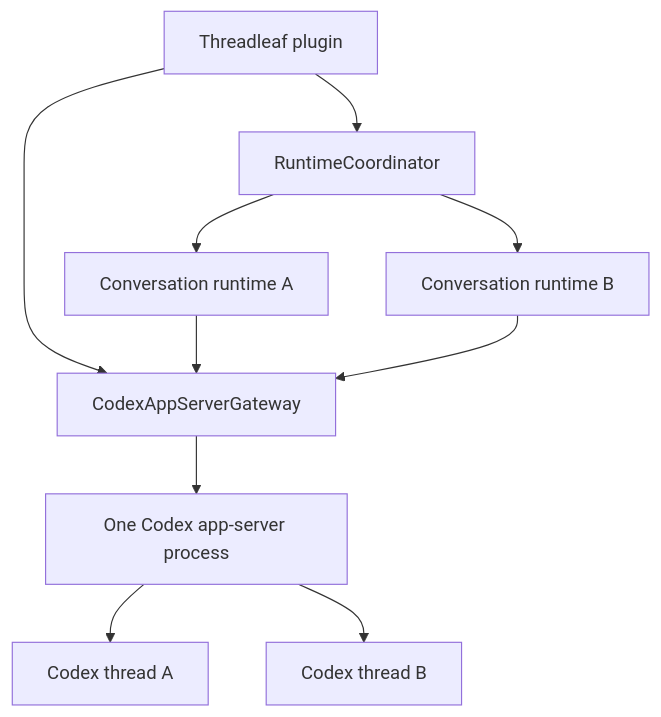
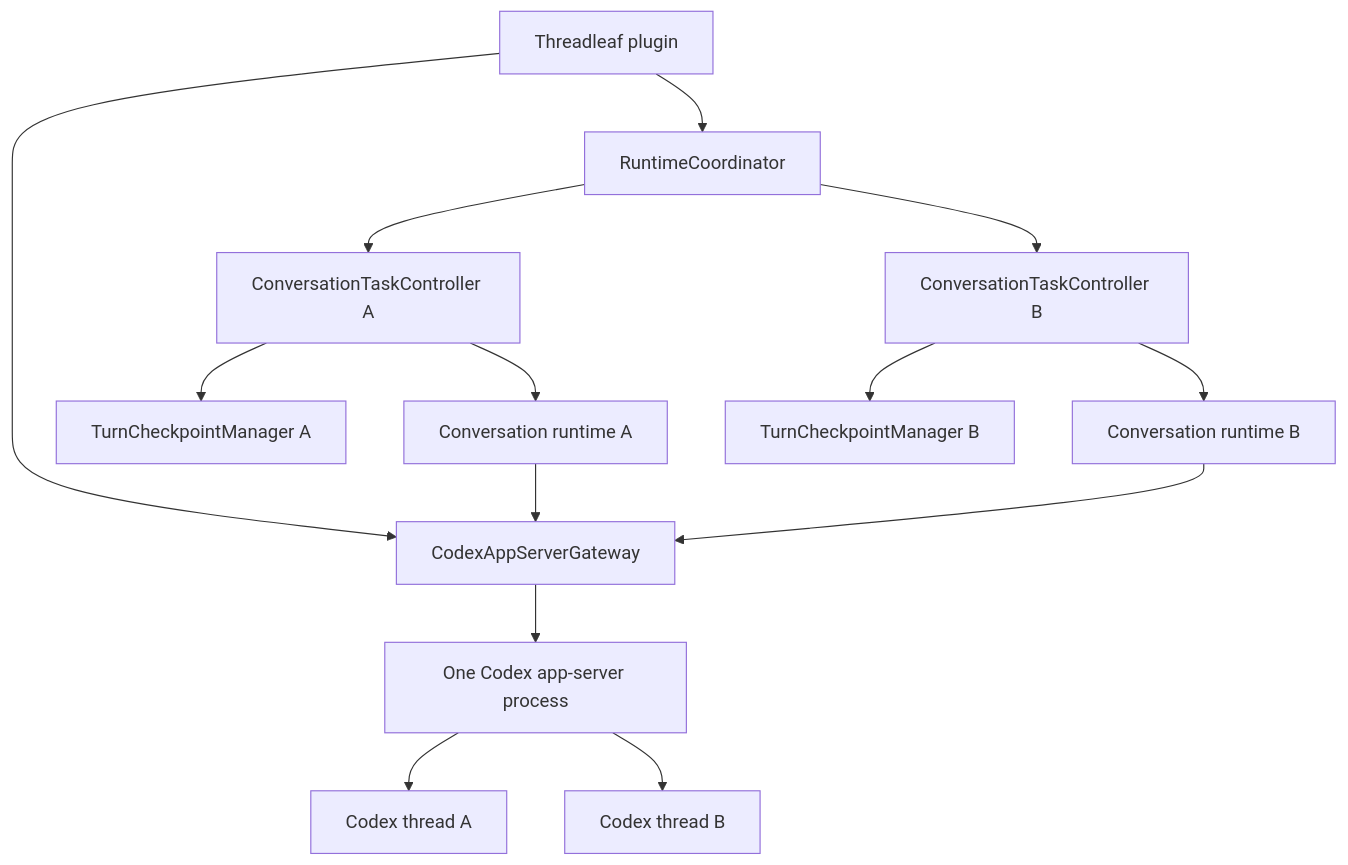
Before and after one commit to windzu/threadleaf: the diagram in docs/ARCHITECTURE.md, drawn with Mermaid. The commit also changed other lines of this file and 5 other files, not shown here.

Commit message:
refactor runtime task ownership (#10)

````diff
--- a/docs/ARCHITECTURE.md
+++ b/docs/ARCHITECTURE.md
@@ -9,12 +9,16 @@
 ```mermaid
 flowchart TB
     Plugin["Threadleaf plugin"] --> Gateway["CodexAppServerGateway"]
     Plugin --> Coordinator["RuntimeCoordinator"]
-    Coordinator --> RuntimeA["Conversation runtime A"]
-    Coordinator --> RuntimeB["Conversation runtime B"]
+    Coordinator --> TaskA["ConversationTaskController A"]
+    Coordinator --> TaskB["ConversationTaskController B"]
+    TaskA --> CheckpointA["TurnCheckpointManager A"]
+    TaskB --> CheckpointB["TurnCheckpointManager B"]
+    TaskA --> RuntimeA["Conversation runtime A"]
+    TaskB --> RuntimeB["Conversation runtime B"]
     RuntimeA --> Gateway
     RuntimeB --> Gateway
     Gateway --> Process["One Codex app-server process"]
     Process --> ThreadA["Codex thread A"]
     Process --> ThreadB["Codex thread B"]
 ```
````
